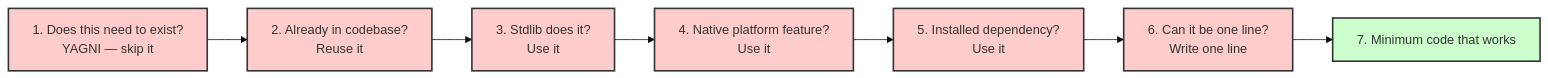
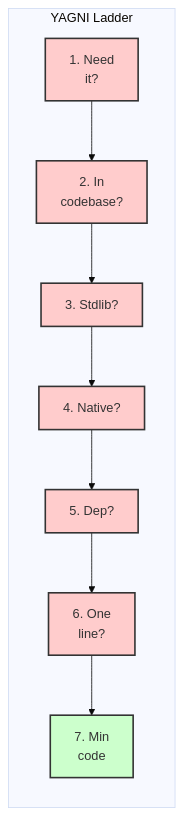
The second of 3 diagrams in README.md (z99wE/tokenomics-plugin), drawn with Mermaid (base theme) before and after one commit. The commit also changed other lines of this file, not shown here.

First line of the commit message:
v2.3.8: Improve Mermaid diagram legibility

````diff
--- a/README.md
+++ b/README.md
@@ -82,16 +99,19 @@
 ```mermaid
 graph LR
-    1[1. Does this need to exist?<br/>YAGNI — skip it] --> 2[2. Already in codebase?<br/>Reuse it]
-    2 --> 3[3. Stdlib does it?<br/>Use it]
-    3 --> 4[4. Native platform feature?<br/>Use it]
-    4 --> 5[5. Installed dependency?<br/>Use it]
-    5 --> 6[6. Can it be one line?<br/>Write one line]
-    6 --> 7[7. Minimum code that works]
+    subgraph YAGNI ["YAGNI Ladder"]
+        1[1. Need<br/>it?] --> 2[2. In<br/>codebase?]
+        2 --> 3[3. Stdlib?]
+        3 --> 4[4. Native?]
+        4 --> 5[5. Dep?]
+        5 --> 6[6. One<br/>line?]
+        6 --> 7[7. Min<br/>code]
+    end
+
     style 1 fill:#ffcccc,stroke:#333,stroke-width:2px
     style 2 fill:#ffcccc,stroke:#333,stroke-width:2px
     style 3 fill:#ffcccc,stroke:#333,stroke-width:2px
     style 4 fill:#ffcccc,stroke:#333,stroke-width:2px
     style 5 fill:#ffcccc,stroke:#333,stroke-width:2px
     style 6 fill:#ffcccc,stroke:#333,stroke-width:2px
     style 7 fill:#ccffcc,stroke:#333,stroke-width:2px
 ```
````
